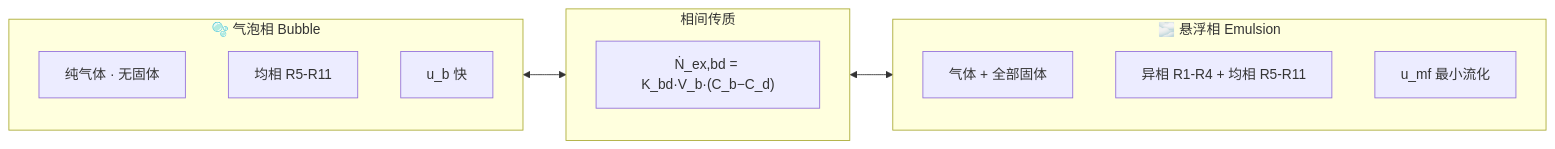
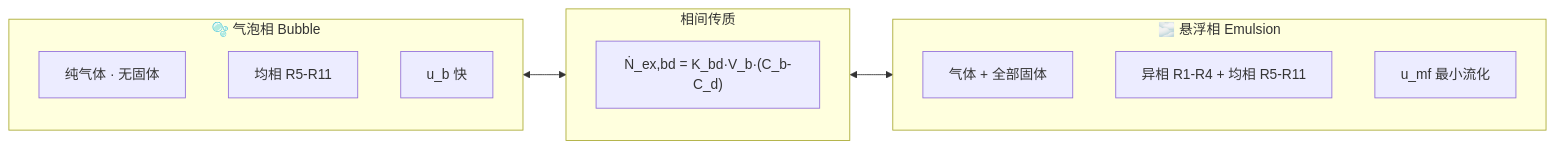
The second of 6 diagrams in README.md (dachou5224/bfb-gasifier), drawn with Mermaid before and after one commit. The commit also changed other lines of this file, not shown here.

First line of the commit message:
docs(README): fix GitHub Mermaid parse errors (quoted nodes, ASCII-safe labels)

````diff
--- a/README.md
+++ b/README.md
@@ -61,18 +61,18 @@
 ```mermaid
 flowchart LR
     subgraph bubble["🫧 气泡相 Bubble"]
         B1[纯气体 · 无固体]
         B2[均相 R5-R11]
         B3[u_b 快]
     end
     subgraph exchange["相间传质"]
-        E["Ṅ_ex,bd = K_bd·V_b·(C_b−C_d)"]
+        E["Ṅ_ex,bd = K_bd·V_b·(C_b-C_d)"]
     end
     subgraph emul["🌫️ 悬浮相 Emulsion"]
         E1[气体 + 全部固体]
         E2[异相 R1-R4 + 均相 R5-R11]
         E3[u_mf 最小流化]
     end
     bubble <--> exchange
     exchange <--> emul
 ```
````
